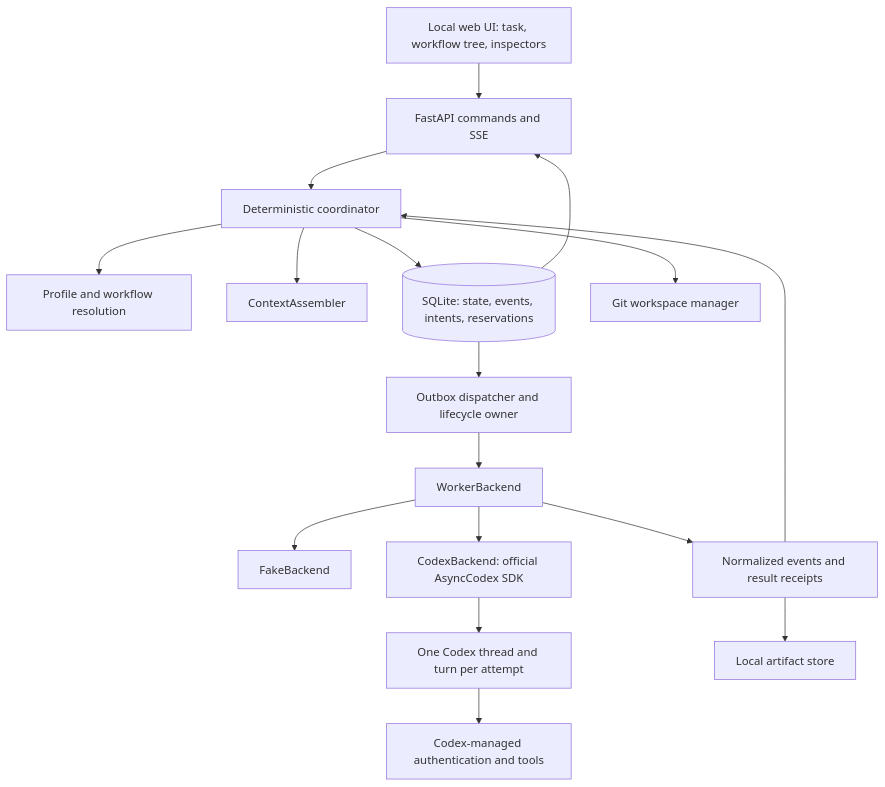
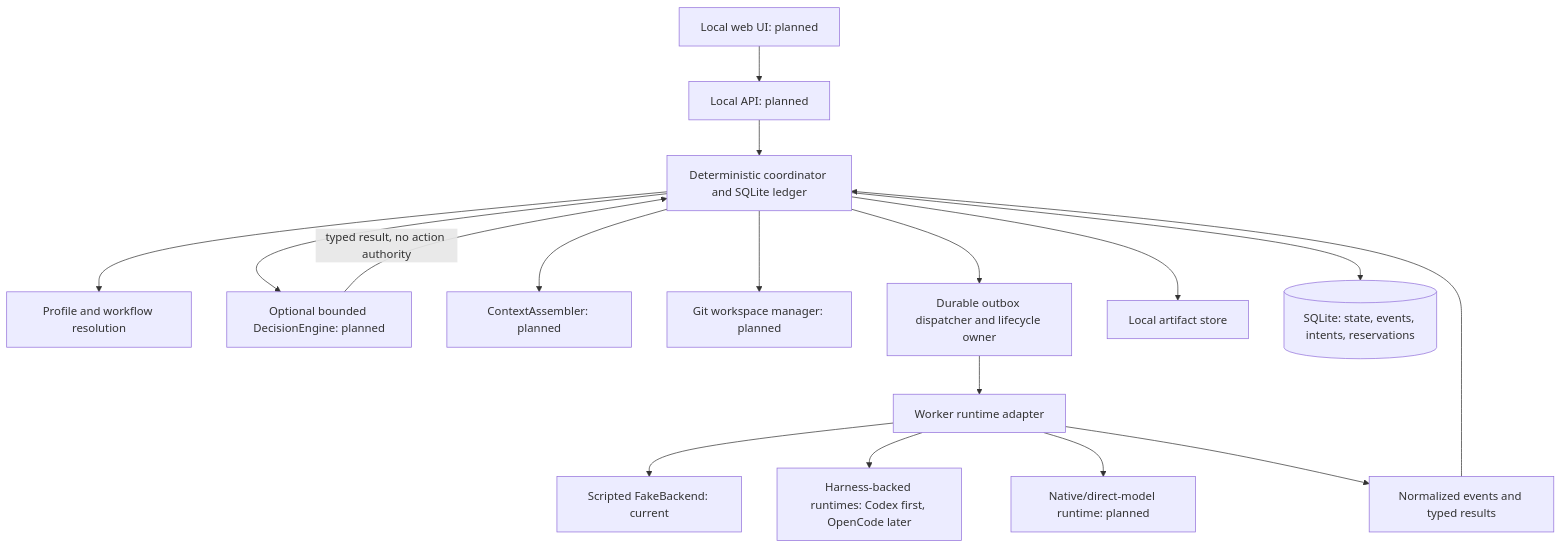
The diagram in docs/IMPLEMENTATION_PLAN.md (yanqinwang-cs/agent-orchestrator), drawn with Mermaid before and after one commit. The commit also changed other lines of this file and 13 other files, not shown here.

Commit message:
docs: reconcile architecture after milestone 3

````diff
--- a/docs/IMPLEMENTATION_PLAN.md
+++ b/docs/IMPLEMENTATION_PLAN.md
@@ -24,19 +27,19 @@
 ```mermaid
 flowchart TD
-    UI[Local web UI: task, workflow tree, inspectors] --> API[FastAPI commands and SSE]
-    API --> Coordinator[Deterministic coordinator]
+    UI[Local web UI: planned] --> API[Local API: planned]
+    API --> Coordinator[Deterministic coordinator and SQLite ledger]
     Coordinator --> Resolver[Profile and workflow resolution]
-    Coordinator --> Context[ContextAssembler]
+    Coordinator --> Decision[Optional bounded DecisionEngine: planned]
+    Decision -->|typed result, no action authority| Coordinator
+    Coordinator --> Context[ContextAssembler: planned]
+    Coordinator --> Workspace[Git workspace manager: planned]
+    Coordinator --> Dispatcher[Durable outbox dispatcher and lifecycle owner]
+    Dispatcher --> Runtime[Worker runtime adapter]
+    Runtime --> Fake[Scripted FakeBackend: current]
+    Runtime --> Harness[Harness-backed runtimes: Codex first, OpenCode later]
+    Runtime --> Native[Native/direct-model runtime: planned]
+    Runtime --> Receipts[Normalized events and typed results]
+    Receipts --> Coordinator
+    Coordinator --> Files[Local artifact store]
     Coordinator --> DB[(SQLite: state, events, intents, reservations)]
-    Coordinator --> Workspace[Git workspace manager]
-    DB --> Dispatcher[Outbox dispatcher and lifecycle owner]
-    Dispatcher --> Backend[WorkerBackend]
-    Backend --> Fake[FakeBackend]
-    Backend --> Codex[CodexBackend: official AsyncCodex SDK]
-    Codex --> Worker[One Codex thread and turn per attempt]
-    Worker --> Auth[Codex-managed authentication and tools]
-    Backend --> Receipts[Normalized events and result receipts]
-    Receipts --> Coordinator
-    Receipts --> Files[Local artifact store]
-    DB --> API
 ```
````
